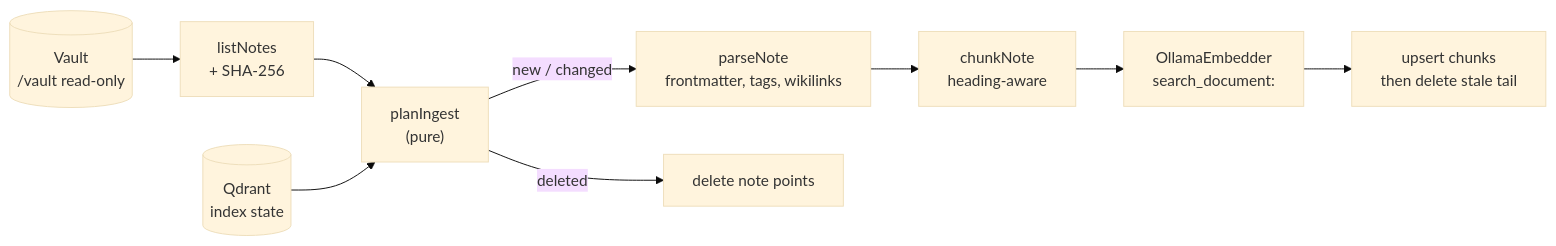
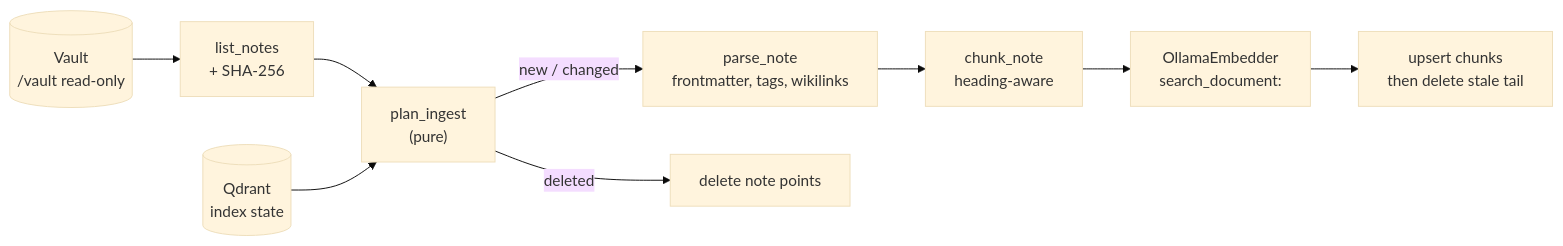
One commit to Geobatpo07/nyansa changed the diagram in services/memory-api/README.md. Above: the diagram before and after it, drawn with Mermaid (base theme). The commit also changed other lines of this file and 1 other file, not shown here.

````diff
--- a/services/memory-api/README.md
+++ b/services/memory-api/README.md
@@ -90,11 +91,11 @@
 ```mermaid
 flowchart LR
-    vault[("Vault<br/>/vault read-only")] --> scan["listNotes<br/>+ SHA-256"]
-    scan --> plan["planIngest<br/>(pure)"]
+    vault[("Vault<br/>/vault read-only")] --> scan["list_notes<br/>+ SHA-256"]
+    scan --> plan["plan_ingest<br/>(pure)"]
     qdrantState[("Qdrant<br/>index state")] --> plan
-    plan -- "new / changed" --> parse["parseNote<br/>frontmatter, tags, wikilinks"]
-    parse --> chunk["chunkNote<br/>heading-aware"]
+    plan -- "new / changed" --> parse["parse_note<br/>frontmatter, tags, wikilinks"]
+    parse --> chunk["chunk_note<br/>heading-aware"]
     chunk --> embed["OllamaEmbedder<br/>search_document:"]
     embed --> upsert["upsert chunks<br/>then delete stale tail"]
     plan -- "deleted" --> delete["delete note points"]
 ```
````
